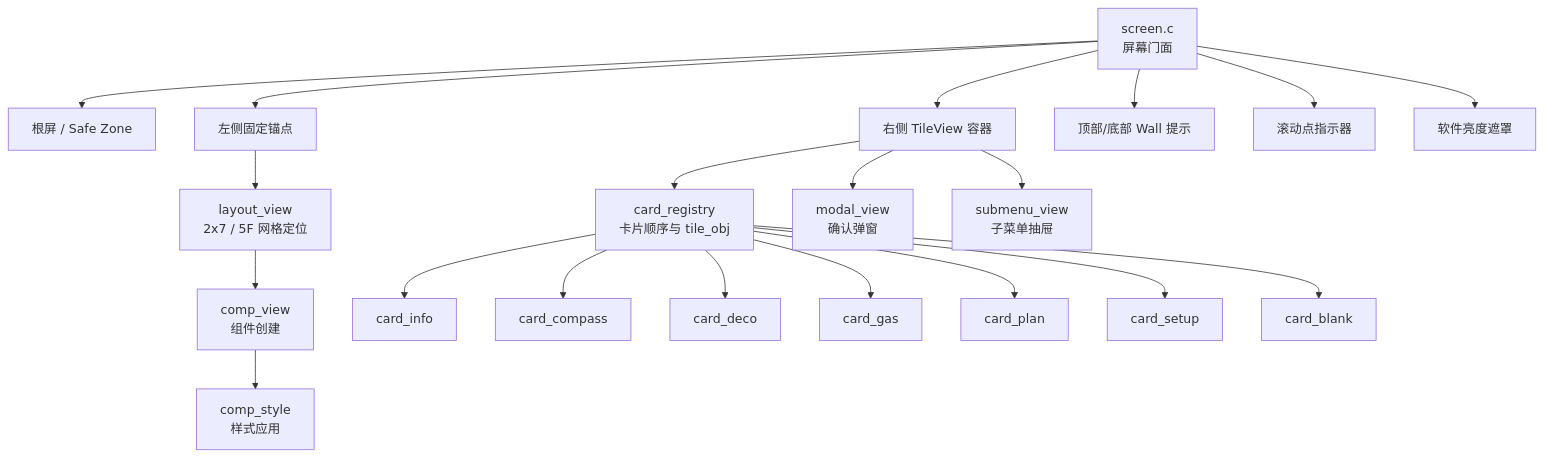
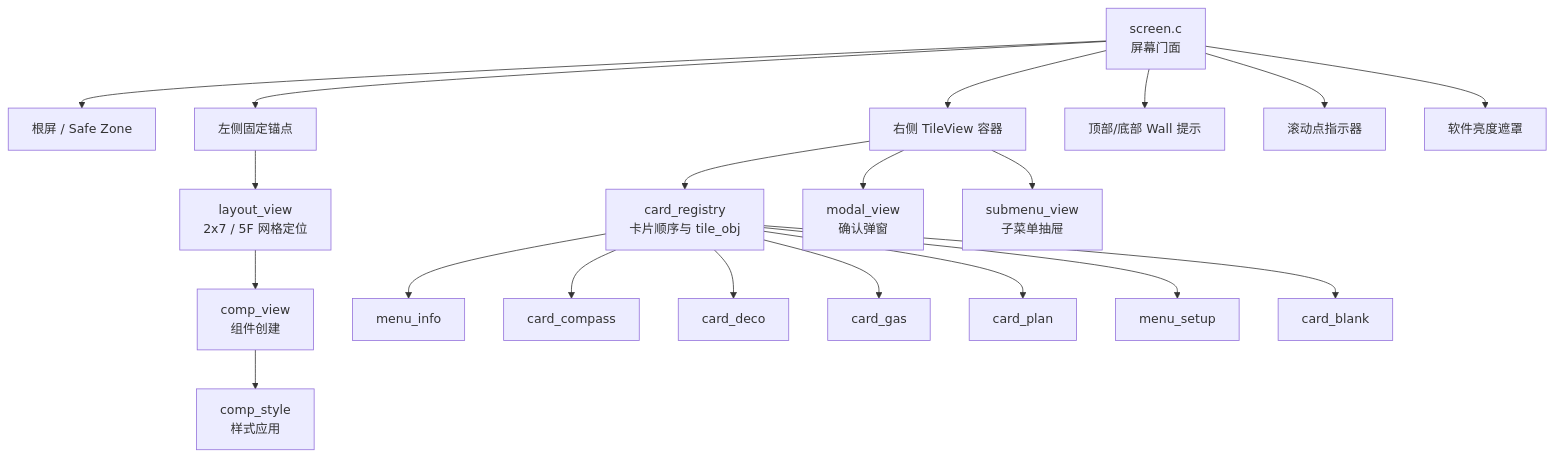
The third of 6 diagrams in UI_html_DOC/UI_MODULE_MAP.md (arexvision/lv_port_win_codeblocks-release-v8.3_hasGroup), drawn with Mermaid before and after one commit. The commit also changed other lines of this file and 11 other files, not shown here.

````diff
--- a/UI_html_DOC/UI_MODULE_MAP.md
+++ b/UI_html_DOC/UI_MODULE_MAP.md
@@ -68,25 +70,25 @@
 ```mermaid
 flowchart TB
     Screen["screen.c<br/>屏幕门面"] --> Root["根屏 / Safe Zone"]
     Screen --> Left["左侧固定锚点"]
     Screen --> Right["右侧 TileView 容器"]
     Screen --> Walls["顶部/底部 Wall 提示"]
     Screen --> Dots["滚动点指示器"]
     Screen --> Brightness["软件亮度遮罩"]
 
     Left --> LayoutGrid["layout_view<br/>2x7 / 5F 网格定位"]
     LayoutGrid --> WidgetFactory["comp_view<br/>组件创建"]
     WidgetFactory --> WidgetStyle["comp_style<br/>样式应用"]
 
     Right --> Registry["card_registry<br/>卡片顺序与 tile_obj"]
-    Registry --> Info["card_info"]
+    Registry --> Info["menu_info"]
     Registry --> Compass["card_compass"]
     Registry --> Deco["card_deco"]
     Registry --> Gas["card_gas"]
     Registry --> Plan["card_plan"]
-    Registry --> Setup["card_setup"]
+    Registry --> Setup["menu_setup"]
     Registry --> Blank["card_blank"]
 
     Right --> Modal["modal_view<br/>确认弹窗"]
     Right --> Submenu["submenu_view<br/>子菜单抽屉"]
 ```
````
